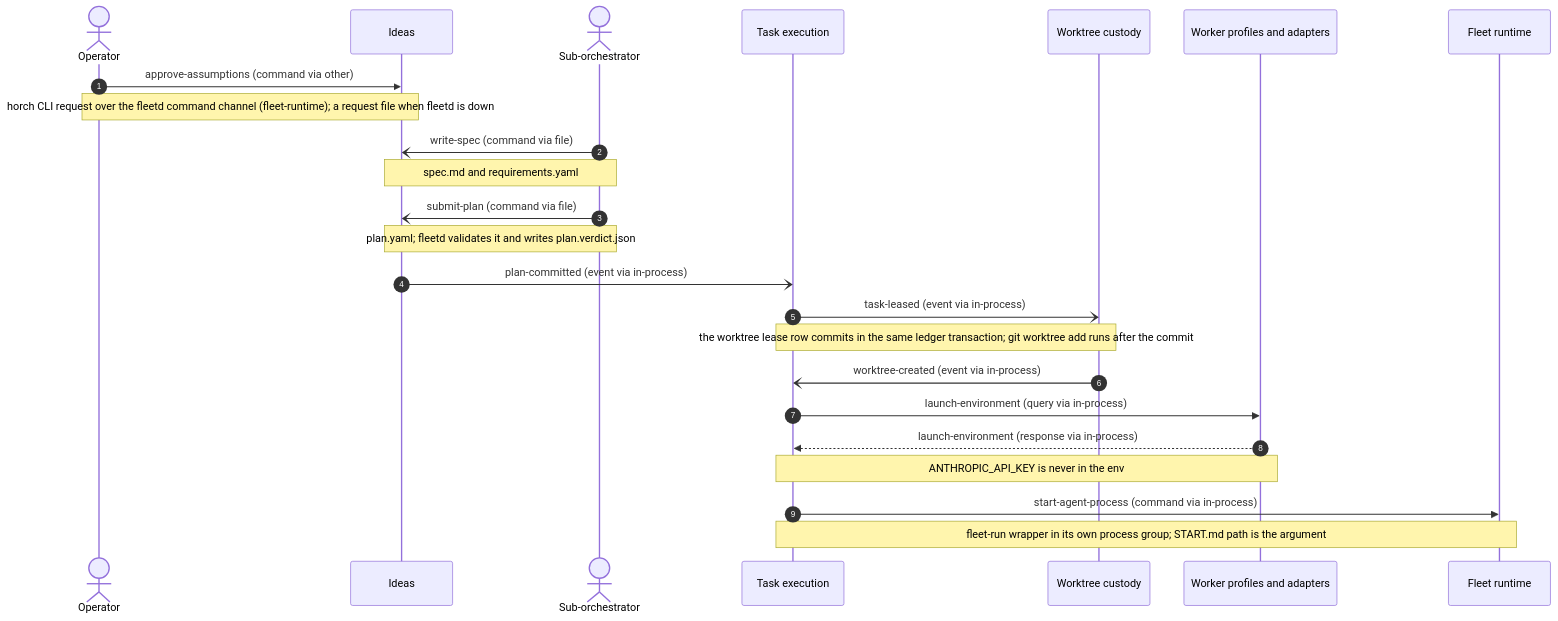
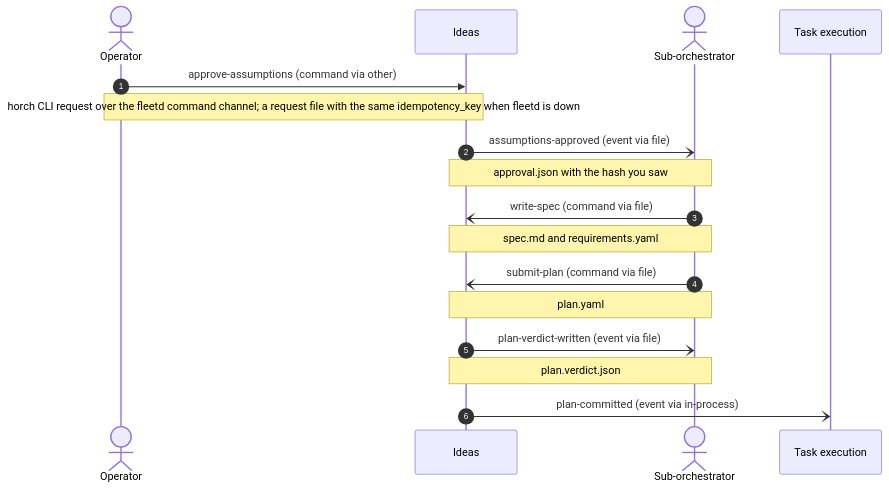
One commit to MattMakes/multi-herdr changed the second of 9 diagrams in ddd/05-connect/message-flows.md. Above: the diagram before and after it, drawn with Mermaid. The commit also changed other lines of this file and 30 other files, not shown here.

````diff
--- a/ddd/05-connect/message-flows.md
+++ b/ddd/05-connect/message-flows.md
@@ -83,26 +83,19 @@
 ```mermaid
 sequenceDiagram
   autonumber
   actor operator as Operator
   participant ideas as Ideas
   actor sub_orchestrator as Sub-orchestrator
   participant task_execution as Task execution
-  participant worktree_custody as Worktree custody
-  participant worker_profiles as Worker profiles and adapters
-  participant fleet_runtime as Fleet runtime
   operator->>ideas: approve-assumptions (command via other)
-  Note over operator,ideas: horch CLI request over the fleetd command channel (fleet-runtime)#59; a request file when fleetd is down
+  Note over operator,ideas: horch CLI request over the fleetd command channel#59; a request file with the same idempotency_key when fleetd is down
+  ideas-)sub_orchestrator: assumptions-approved (event via file)
+  Note over ideas,sub_orchestrator: approval.json with the hash you saw
   sub_orchestrator-)ideas: write-spec (command via file)
   Note over sub_orchestrator,ideas: spec.md and requirements.yaml
   sub_orchestrator-)ideas: submit-plan (command via file)
-  Note over sub_orchestrator,ideas: plan.yaml#59; fleetd validates it and writes plan.verdict.json
+  Note over sub_orchestrator,ideas: plan.yaml
+  ideas-)sub_orchestrator: plan-verdict-written (event via file)
+  Note over ideas,sub_orchestrator: plan.verdict.json
   ideas-)task_execution: plan-committed (event via in-process)
-  task_execution-)worktree_custody: task-leased (event via in-process)
-  Note over task_execution,worktree_custody: the worktree lease row commits in the same ledger transaction#59; git worktree add runs after the commit
-  worktree_custody-)task_execution: worktree-created (event via in-process)
-  task_execution->>worker_profiles: launch-environment (query via in-process)
-  worker_profiles-->>task_execution: launch-environment (response via in-process)
-  Note over worker_profiles,task_execution: ANTHROPIC_API_KEY is never in the env
-  task_execution->>fleet_runtime: start-agent-process (command via in-process)
-  Note over task_execution,fleet_runtime: fleet-run wrapper in its own process group#59; START.md path is the argument
 ```
````
